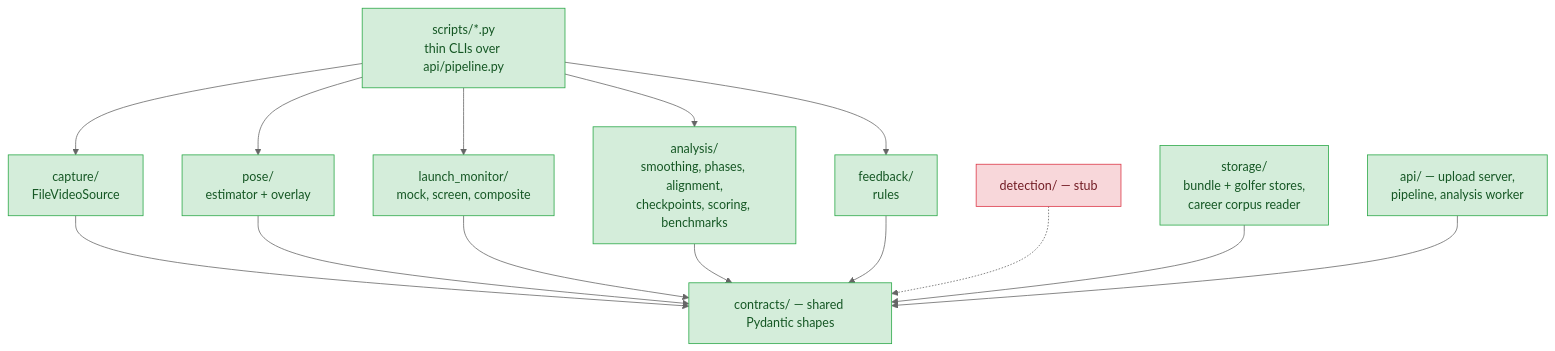
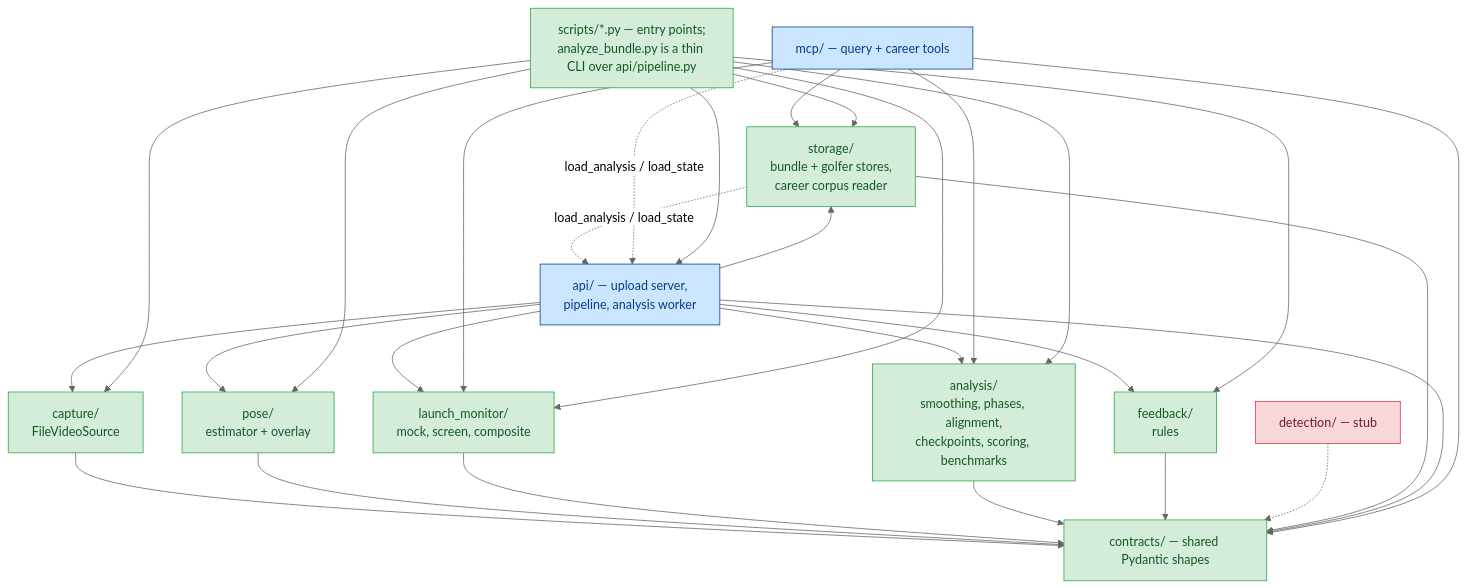
One commit to MildTreeRat/golf-coach changed the second of 3 diagrams in docs/ARCHITECTURE.md. Above: the diagram before and after it, drawn with Mermaid (neutral theme). The commit also changed other lines of this file and 12 other files, not shown here.

````diff
--- a/docs/ARCHITECTURE.md
+++ b/docs/ARCHITECTURE.md
@@ -124,24 +124,44 @@
 ```mermaid
 flowchart TD
     C["contracts/ — shared Pydantic shapes"]
 
     CAP["capture/<br/>FileVideoSource"] --> C
     POSE["pose/<br/>estimator + overlay"] --> C
     LMM["launch_monitor/<br/>mock, screen, composite"] --> C
     ANA["analysis/<br/>smoothing, phases, alignment,<br/>checkpoints, scoring, benchmarks"] --> C
     FB["feedback/<br/>rules"] --> C
     DET["detection/ — stub"] -.-> C
     STO["storage/<br/>bundle + golfer stores,<br/>career corpus reader"] --> C
+
     API["api/ — upload server,<br/>pipeline, analysis worker"] --> C
+    MCP["mcp/ — query + career tools"] --> C
 
-    CLI["scripts/*.py<br/>thin CLIs over api/pipeline.py"] --> CAP
+    API --> CAP
+    API --> POSE
+    API --> ANA
+    API --> FB
+    API --> LMM
+    API --> STO
+
+    MCP --> ANA
+    MCP --> STO
+    MCP --> LMM
+
+    STO -. "load_analysis / load_state" .-> API
+    MCP -. "load_analysis / load_state" .-> API
+
+    CLI["scripts/*.py — entry points;<br/>analyze_bundle.py is a thin CLI over api/pipeline.py"] --> API
+    CLI --> CAP
     CLI --> POSE
     CLI --> ANA
     CLI --> FB
     CLI --> LMM
+    CLI --> STO
 
     classDef built fill:#d4edda,stroke:#28a745,color:#155724;
     classDef stub fill:#f8d7da,stroke:#dc3545,color:#721c24;
-    class C,CAP,POSE,LMM,ANA,FB,CLI,STO,API built;
+    classDef shell fill:#cce5ff,stroke:#004085,color:#004085;
+    class C,CAP,POSE,LMM,ANA,FB,CLI,STO built;
+    class API,MCP shell;
     class DET stub;
 ```
````
